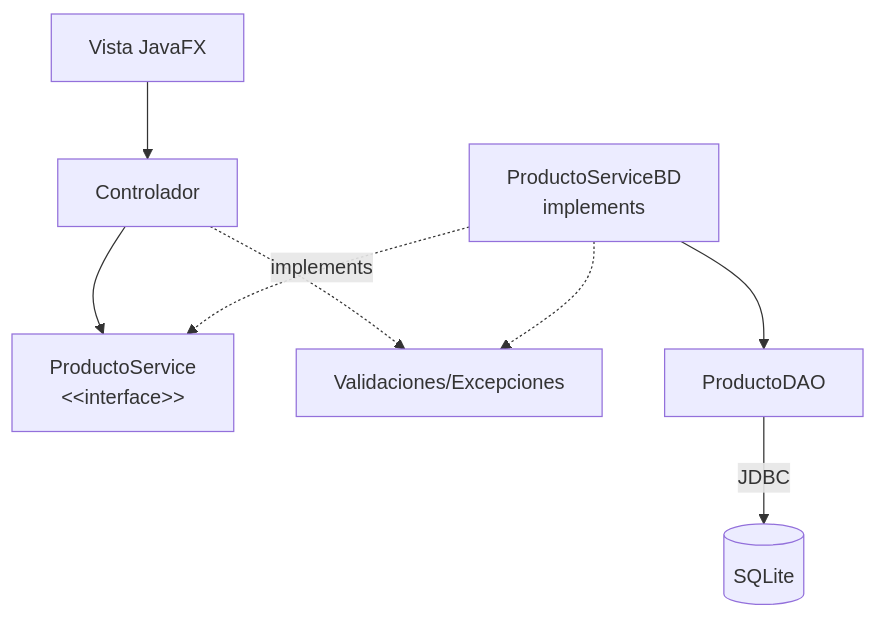
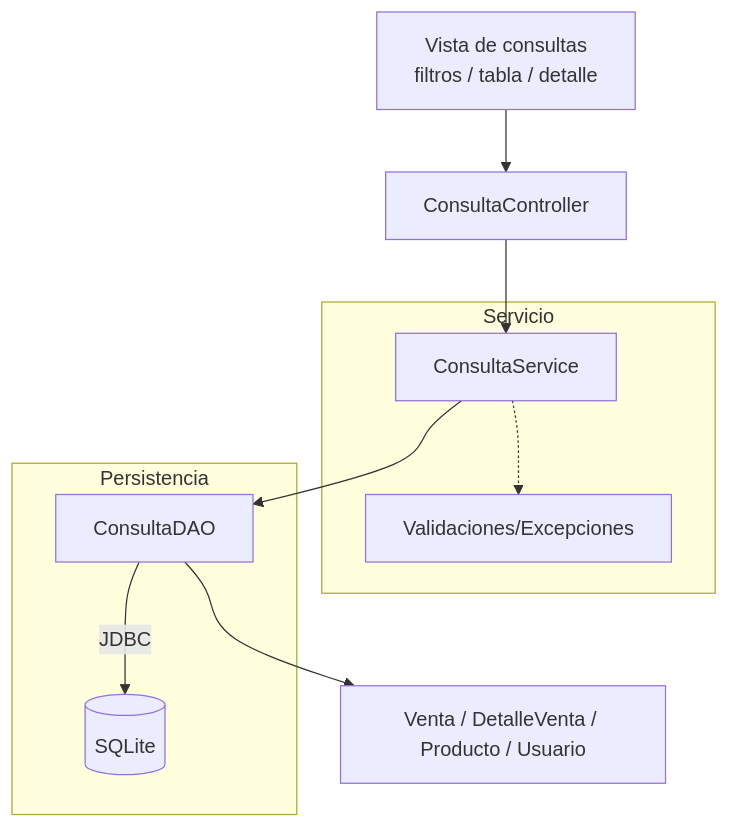
The diagram in docs/S11_Consultas_Integradas_Pruebas.md (262poo/comarket), drawn with Mermaid before and after one commit. The commit also changed other lines of this file and 5 other files, not shown here.

````diff
--- a/docs/S11_Consultas_Integradas_Pruebas.md
+++ b/docs/S11_Consultas_Integradas_Pruebas.md
@@ -59,18 +60,24 @@
 ```mermaid
 flowchart TB
-    Vista["Vista JavaFX"]
-    Controlador["Controlador"]
-    Contrato["ProductoService<br/>&lt;&lt;interface&gt;&gt;"]
-    ServicioBD["ProductoServiceBD<br/>implements"]
-    Validaciones["Validaciones/Excepciones"]
-    DAO["ProductoDAO"]
-    SQLite[("SQLite")]
+    Vista["Vista de consultas<br/>filtros / tabla / detalle"]
+    Controlador["ConsultaController"]
+
+    subgraph Servicio["Servicio"]
+        ConsultaService["ConsultaService"]
+        Validaciones["Validaciones/Excepciones"]
+    end
+
+    subgraph Persistencia["Persistencia"]
+        ConsultaDAO["ConsultaDAO"]
+        SQLite[("SQLite")]
+    end
+
+    Entidades["Venta / DetalleVenta / Producto / Usuario"]
 
     Vista --> Controlador
-    Controlador --> Contrato
-    ServicioBD -. implements .-> Contrato
-    Controlador -.-> Validaciones
-    ServicioBD -.-> Validaciones
-    ServicioBD --> DAO
-    DAO -->|"JDBC"| SQLite
+    Controlador --> ConsultaService
+    ConsultaService -.-> Validaciones
+    ConsultaService --> ConsultaDAO
+    ConsultaDAO --> Entidades
+    ConsultaDAO -->|"JDBC"| SQLite
 ```
````
